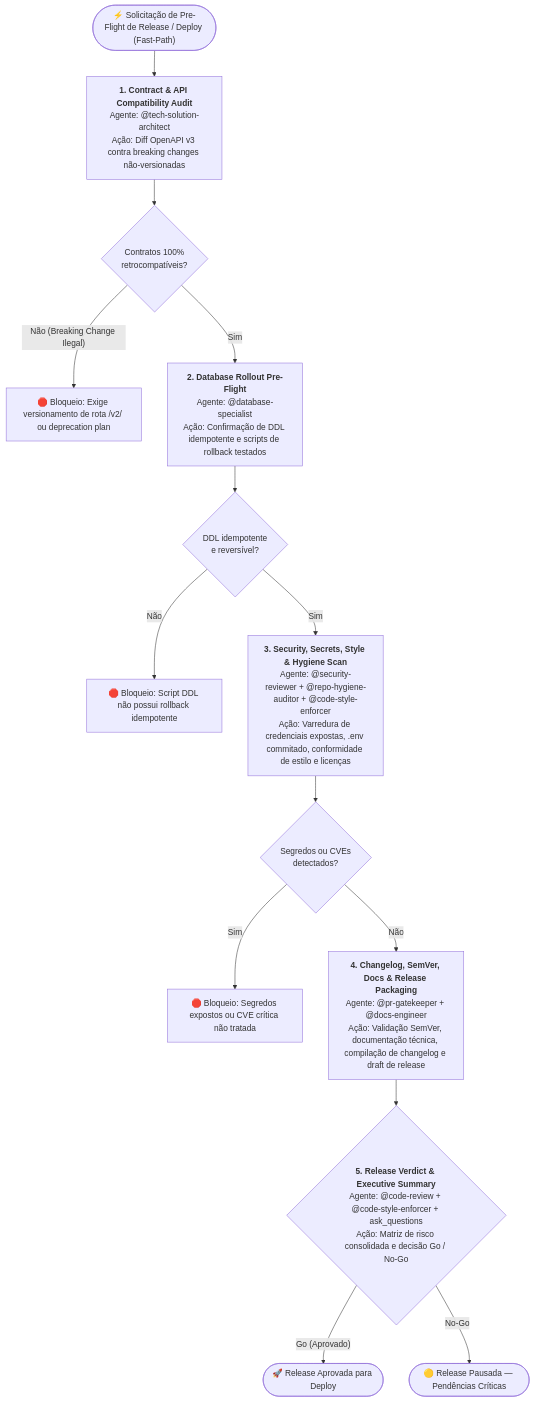
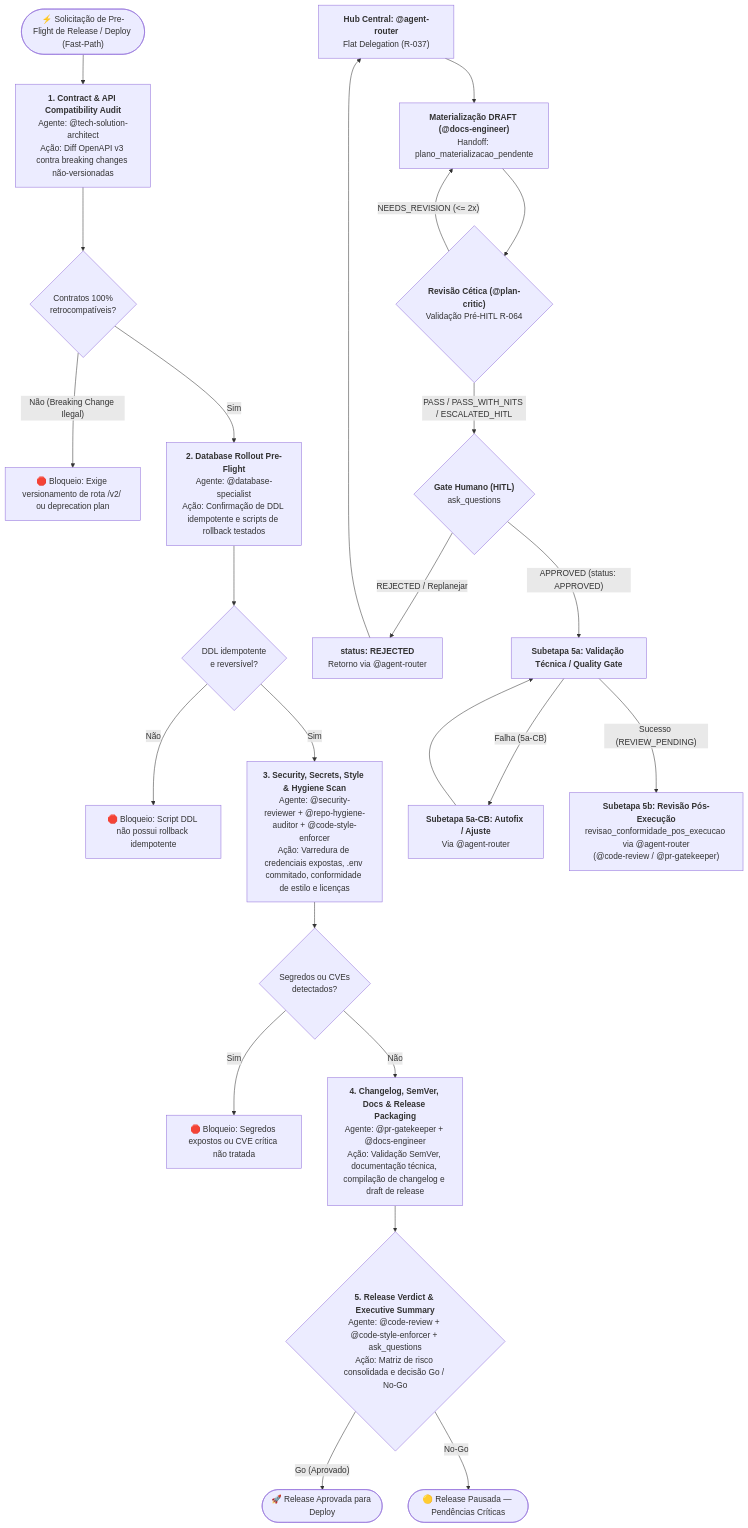
One commit to jezreel8858/deep-agents-copilot changed the diagram in .github/agents/workflows/workflow-release-readiness.md. Above: the diagram before and after it, drawn with Mermaid. The commit also changed 84 other files, not shown here.

````diff
--- a/.github/agents/workflows/workflow-release-readiness.md
+++ b/.github/agents/workflows/workflow-release-readiness.md
@@ -12,21 +12,31 @@
 ```mermaid
+
 flowchart TD
     Start(["⚡ Solicitação de Pre-Flight de Release / Deploy (Fast-Path)"]) --> ContractAudit["<b>1. Contract & API Compatibility Audit</b><br/>Agente: @tech-solution-architect<br/>Ação: Diff OpenAPI v3 contra breaking changes não-versionadas"]
 
     ContractAudit --> CheckContract{"Contratos 100%<br/>retrocompatíveis?"}
     CheckContract -- "Não (Breaking Change Ilegal)" --> BlockContract["🛑 Bloqueio: Exige versionamento de rota /v2/ ou deprecation plan"]
     CheckContract -- "Sim" --> DBRollout["<b>2. Database Rollout Pre-Flight</b><br/>Agente: @database-specialist<br/>Ação: Confirmação de DDL idempotente e scripts de rollback testados"]
 
     DBRollout --> CheckDB{"DDL idempotente<br/>e reversível?"}
     CheckDB -- "Não" --> BlockDB["🛑 Bloqueio: Script DDL não possui rollback idempotente"]
     CheckDB -- "Sim" --> SecScan["<b>3. Security, Secrets, Style & Hygiene Scan</b><br/>Agente: @security-reviewer + @repo-hygiene-auditor + @code-style-enforcer<br/>Ação: Varredura de credenciais expostas, .env commitado, conformidade de estilo e licenças"]
 
     SecScan --> CheckSec{"Segredos ou CVEs<br/>detectados?"}
     CheckSec -- "Sim" --> BlockSec["🛑 Bloqueio: Segredos expostos ou CVE crítica não tratada"]
     CheckSec -- "Não" --> Packaging["<b>4. Changelog, SemVer, Docs & Release Packaging</b><br/>Agente: @pr-gatekeeper + @docs-engineer<br/>Ação: Validação SemVer, documentação técnica, compilação de changelog e draft de release"]
 
     Packaging --> VerdictGate{"<b>5. Release Verdict & Executive Summary</b><br/>Agente: @code-review + @code-style-enforcer + ask_questions<br/>Ação: Matriz de risco consolidada e decisão Go / No-Go"}
 
     VerdictGate -- "Go (Aprovado)" --> EndGo(["🚀 Release Aprovada para Deploy"])
     VerdictGate -- "No-Go" --> EndNoGo(["🟡 Release Pausada — Pendências Críticas"])
+    %% --- R-064 PARITY START ---
+    RouterHub["<b>Hub Central: @agent-router</b><br/>Flat Delegation (R-037)"] --> DocsDraft["<b>Materialização DRAFT (@docs-engineer)</b><br/>Handoff: plano_materializacao_pendente"]
+    DocsDraft --> CriticGate{"<b>Revisão Cética (@plan-critic)</b><br/>Validação Pré-HITL R-064"}
+    CriticGate -- "NEEDS_REVISION (<= 2x)" --> DocsDraft
+    CriticGate -- "PASS / PASS_WITH_NITS / ESCALATED_HITL" --> GateHITL{"<b>Gate Humano (HITL)</b><br/>ask_questions"}
+    GateHITL -- "REJECTED / Replanejar" --> PlanRej["<b>status: REJECTED</b><br/>Retorno via @agent-router"] --> RouterHub
+    GateHITL -- "APPROVED (status: APPROVED)" --> Step5a["<b>Subetapa 5a: Validação Técnica / Quality Gate</b>"]
+    Step5a -- "Falha (5a-CB)" --> Step5aCB["<b>Subetapa 5a-CB: Autofix / Ajuste</b><br/>Via @agent-router"] --> Step5a
+    Step5a -- "Sucesso (REVIEW_PENDING)" --> Step5b["<b>Subetapa 5b: Revisão Pós-Execução</b><br/>revisao_conformidade_pos_execucao via @agent-router<br/>(@code-review / @pr-gatekeeper)"]
 ```
````
